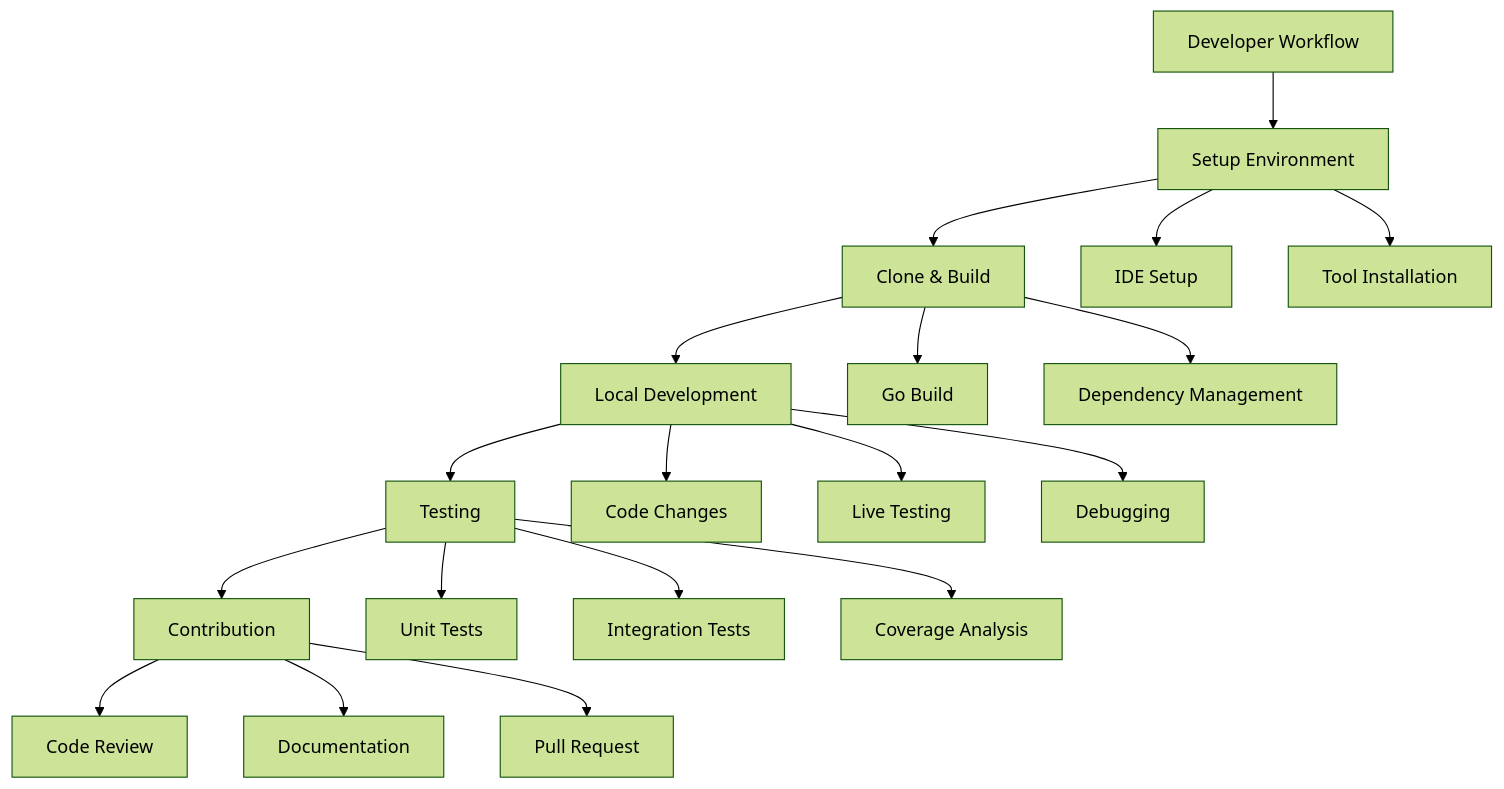
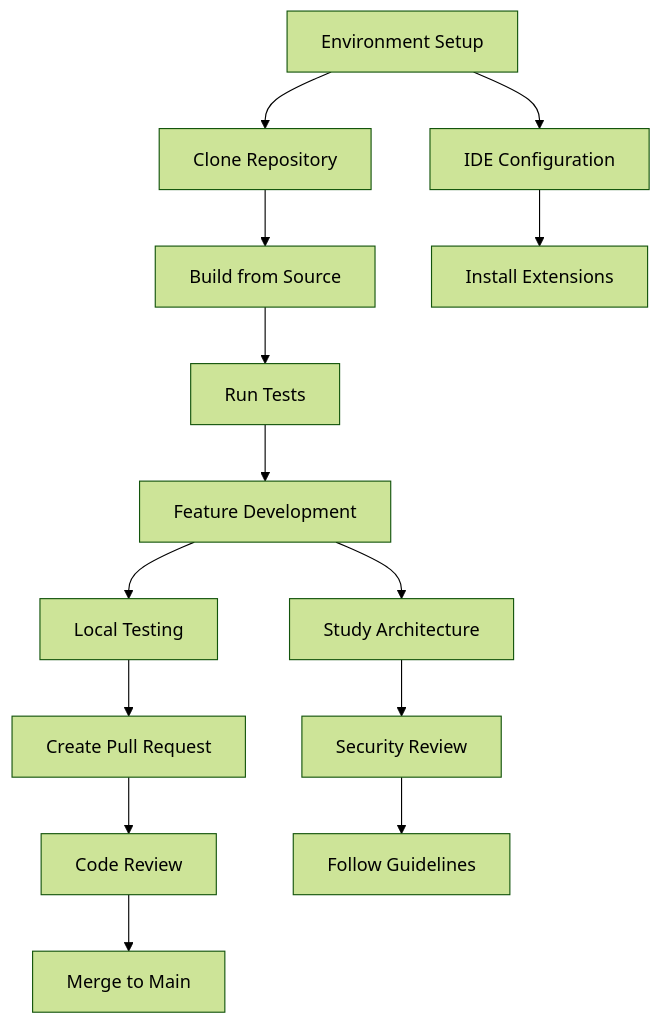
The diagram in docs/development/README.md (Praesto-Pro/openframe-cli), drawn with Mermaid (forest theme) before and after one commit. The commit also changed other lines of this file and 22 other files, not shown here.

````diff
--- a/docs/development/README.md
+++ b/docs/development/README.md
@@ -27,26 +69,18 @@
 ```mermaid
-flowchart TD
-    A[Developer Workflow] --> B[Setup Environment]
-    B --> C[Clone & Build]
-    C --> D[Local Development]
-    D --> E[Testing]
-    E --> F[Contribution]
+graph TD
+    Setup[Environment Setup] --> Clone[Clone Repository]
+    Clone --> Build[Build from Source]
+    Build --> Test[Run Tests]
+    Test --> Develop[Feature Development]
+    Develop --> TestLocal[Local Testing]
+    TestLocal --> PR[Create Pull Request]
+    PR --> Review[Code Review]
+    Review --> Merge[Merge to Main]
     
-    B --> G[IDE Setup]
-    B --> H[Tool Installation]
+    Setup --> IDE[IDE Configuration]
+    IDE --> Extensions[Install Extensions]
     
-    C --> I[Go Build]
-    C --> J[Dependency Management]
-    
-    D --> K[Code Changes]
-    D --> L[Live Testing]
-    D --> M[Debugging]
-    
-    E --> N[Unit Tests]
-    E --> O[Integration Tests]
-    E --> P[Coverage Analysis]
-    
-    F --> Q[Code Review]
-    F --> R[Documentation]
-    F --> S[Pull Request]
+    Develop --> Architecture[Study Architecture]
+    Architecture --> Security[Security Review]
+    Security --> Guidelines[Follow Guidelines]
 ```
````
